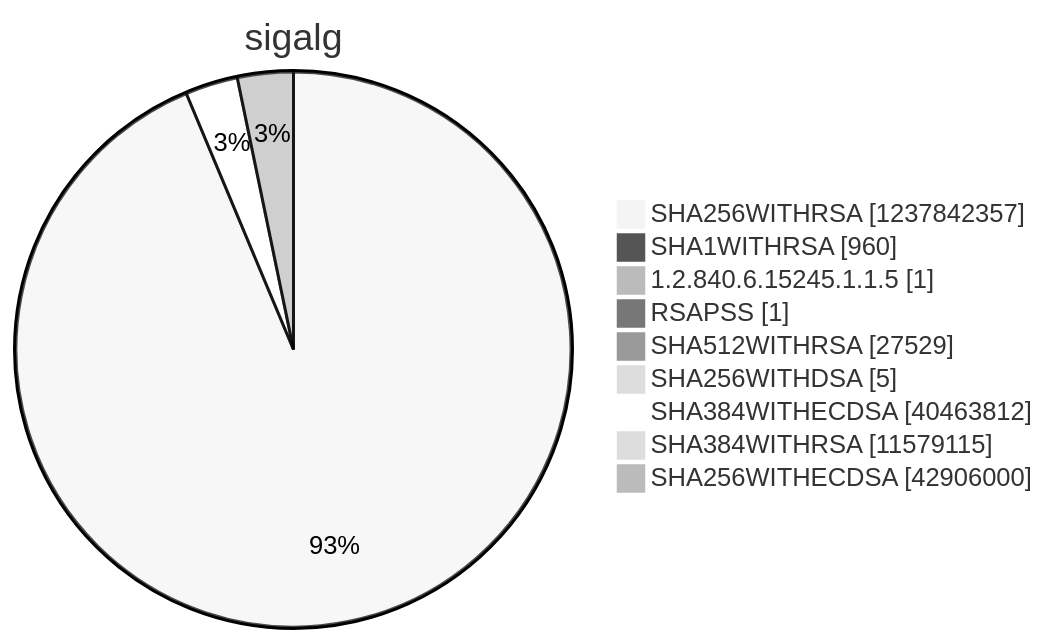
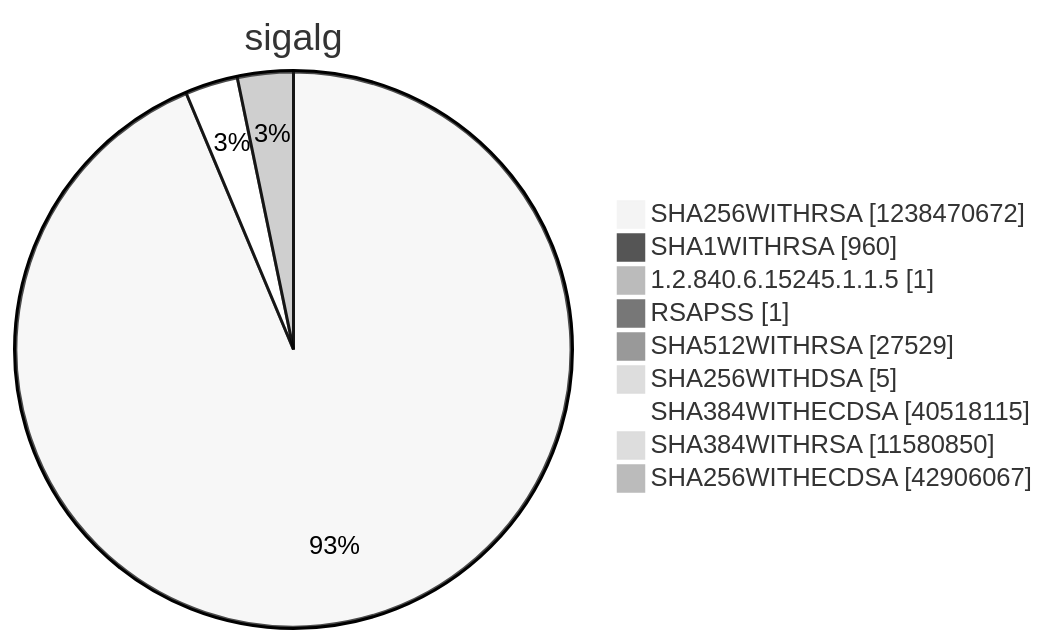
Before and after one commit to christiankrug/ctmonitor_visualization: diagram 15 of 15 in argon2022/README.md, drawn with Mermaid (neutral theme). The commit also changed other lines of this file, not shown here.

````diff
--- a/argon2022/README.md
+++ b/argon2022/README.md
@@ -5522,13 +5522,13 @@
 ```mermaid
 pie showData
 title sigalg
-"SHA256WITHRSA" :1237842357
+"SHA256WITHRSA" :1238470672
 "SHA1WITHRSA" :960
 "1.2.840.6.15245.1.1.5" :1
 "RSAPSS" :1
 "SHA512WITHRSA" :27529
 "SHA256WITHDSA" :5
-"SHA384WITHECDSA" :40463812
-"SHA384WITHRSA" :11579115
-"SHA256WITHECDSA" :42906000
+"SHA384WITHECDSA" :40518115
+"SHA384WITHRSA" :11580850
+"SHA256WITHECDSA" :42906067
 ```
````
